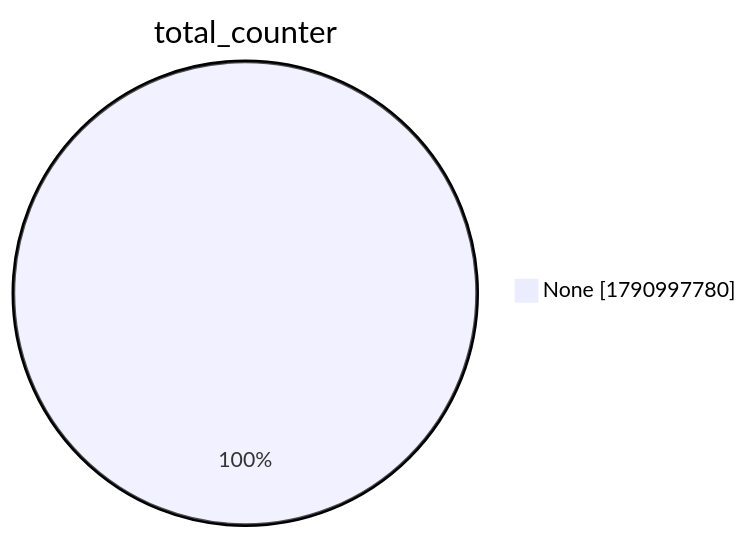
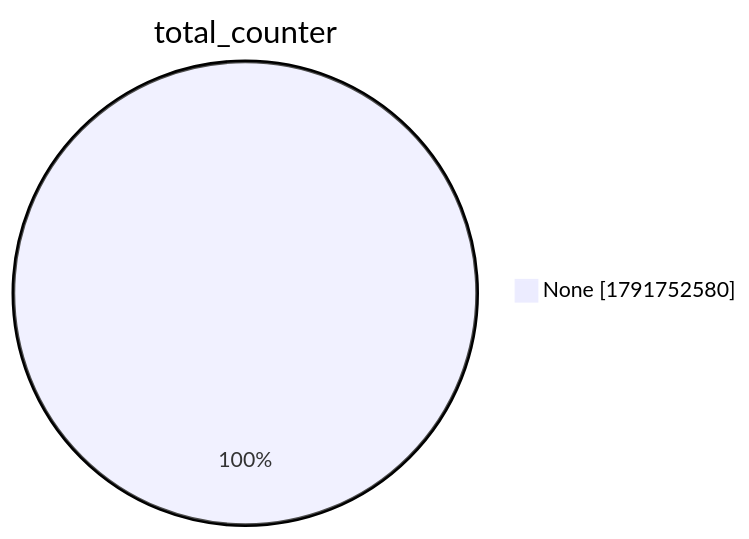
One commit to christiankrug/ctmonitor_visualization changed the second of 15 diagrams in xenon2022/README.md. Above: the diagram before and after it, drawn with Mermaid. The commit also changed other lines of this file, not shown here.

````diff
--- a/xenon2022/README.md
+++ b/xenon2022/README.md
@@ -9,5 +9,5 @@
 ```mermaid
 pie showData
 title total_counter
-"None" :1790997780
+"None" :1791752580
 ```
````
